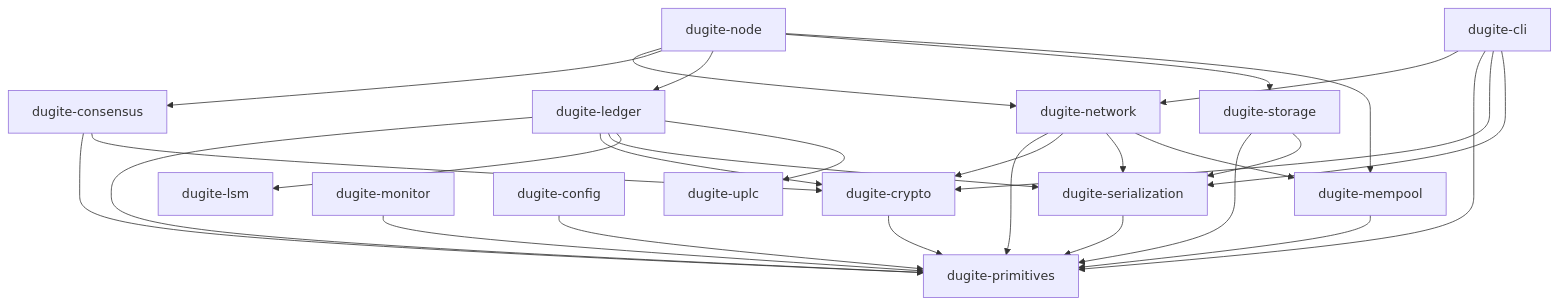
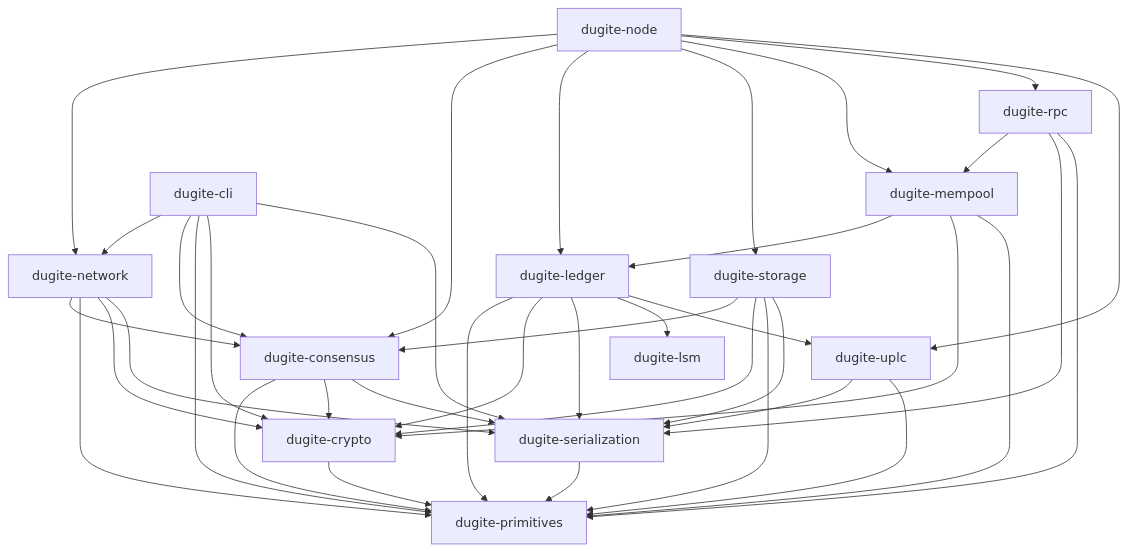
The diagram in README.md (michaeljfazio/dugite), drawn with Mermaid before and after one commit. The commit also changed other lines of this file and 54 other files, not shown here.

````diff
--- a/README.md
+++ b/README.md
@@ -69,30 +90,41 @@
 ```mermaid
 graph TD
     NODE[dugite-node] --> NET[dugite-network]
     NODE --> CONS[dugite-consensus]
     NODE --> LEDGER[dugite-ledger]
     NODE --> STORE[dugite-storage]
     NODE --> POOL[dugite-mempool]
+    NODE --> RPC[dugite-rpc]
+    NODE --> UPLC[dugite-uplc]
     CLI[dugite-cli] --> NET
+    CLI --> CONS
     CLI --> PRIM[dugite-primitives]
     CLI --> CRYPTO[dugite-crypto]
     CLI --> SER[dugite-serialization]
-    MON[dugite-monitor] --> PRIM
-    CFG[dugite-config] --> PRIM
+    RPC --> POOL
+    RPC --> SER
+    RPC --> PRIM
+    NET --> CONS
     NET --> PRIM
     NET --> CRYPTO
     NET --> SER
-    NET --> POOL
     CONS --> PRIM
     CONS --> CRYPTO
+    CONS --> SER
+    POOL --> LEDGER
+    POOL --> CRYPTO
+    POOL --> PRIM
     LEDGER --> PRIM
     LEDGER --> CRYPTO
     LEDGER --> SER
     LEDGER --> LSM[dugite-lsm]
-    LEDGER --> UPLC[dugite-uplc]
+    LEDGER --> UPLC
+    STORE --> CONS
+    STORE --> CRYPTO
     STORE --> PRIM
     STORE --> SER
-    POOL --> PRIM
+    UPLC --> SER
+    UPLC --> PRIM
     SER --> PRIM
     CRYPTO --> PRIM
 ```
````
